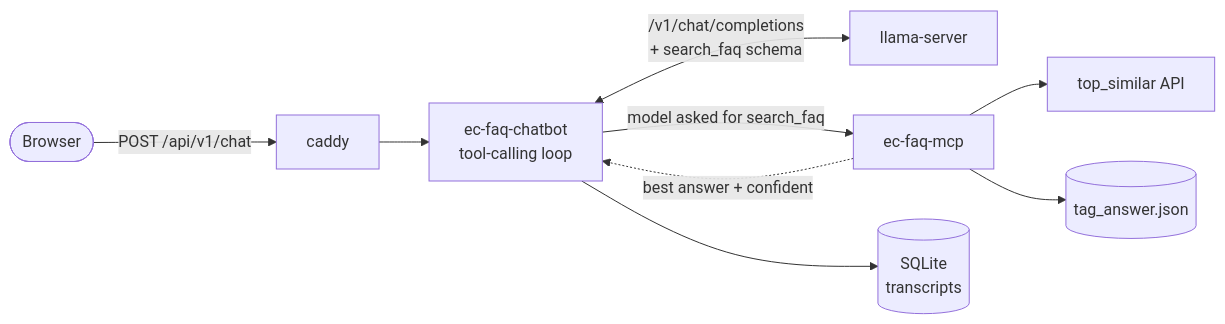
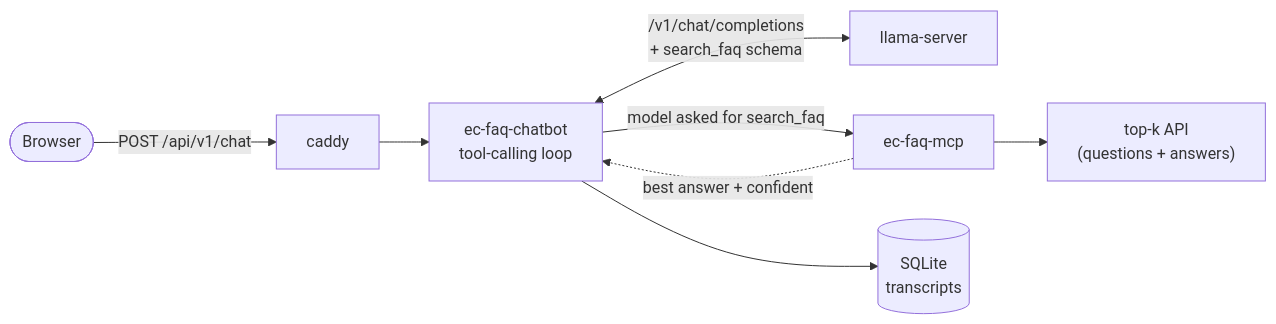
Before and after one commit to sayed-shaun/ec-conversational-chatbot: the diagram in README.md, drawn with Mermaid. The commit also changed other lines of this file and 7 other files, not shown here.

First line of the commit message:
Search and answers come from the top-k API; drop the GitHub answer download

````diff
--- a/README.md
+++ b/README.md
@@ -57,11 +55,10 @@
 ```mermaid
 flowchart LR
     B([Browser]) -->|"POST /api/v1/chat"| CADDY["caddy"]
     CADDY --> BOT["ec-faq-chatbot<br/>tool-calling loop"]
     BOT <-->|"/v1/chat/completions<br/>+ search_faq schema"| LLM["llama-server"]
     BOT -->|"model asked for search_faq"| MCP["ec-faq-mcp"]
-    MCP --> SIM["top_similar API"]
-    MCP --> TAG[("tag_answer.json")]
+    MCP --> SIM["top-k API<br/>(questions + answers)"]
     MCP -.->|"best answer + confident"| BOT
     BOT --> DB[("SQLite<br/>transcripts")]
 ```
````
